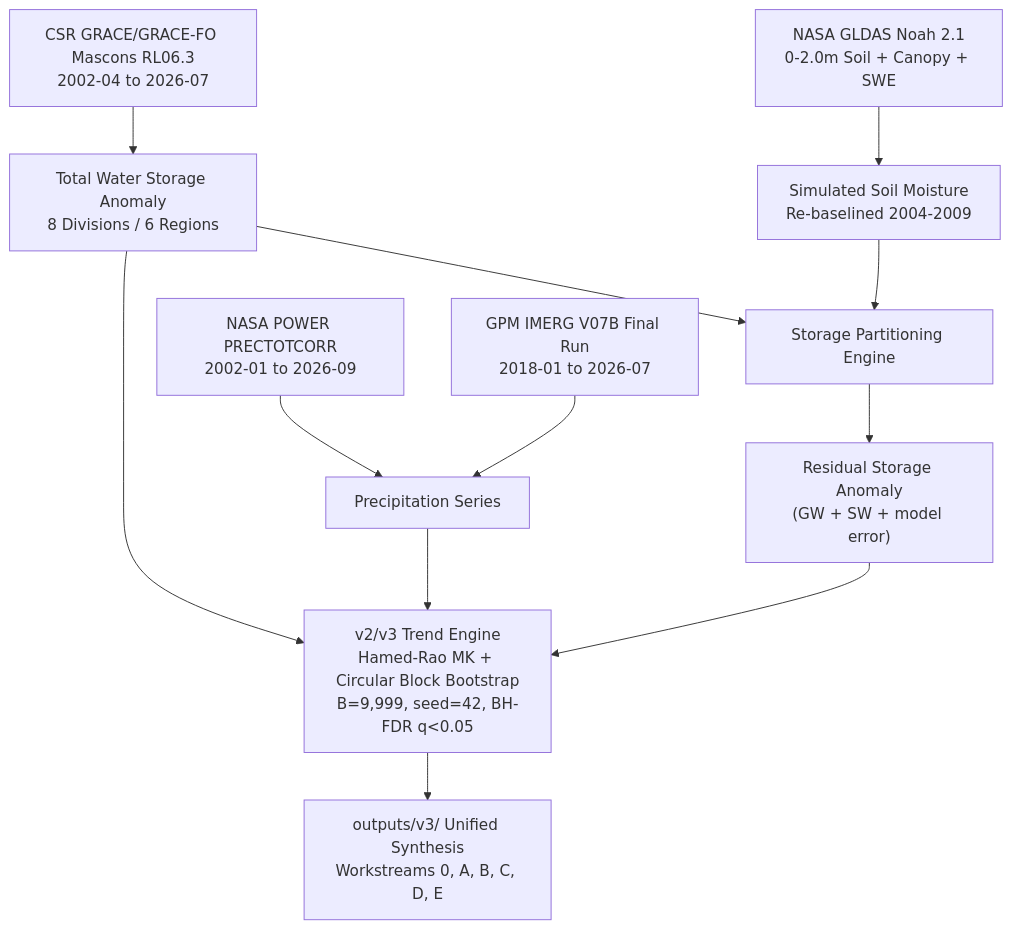
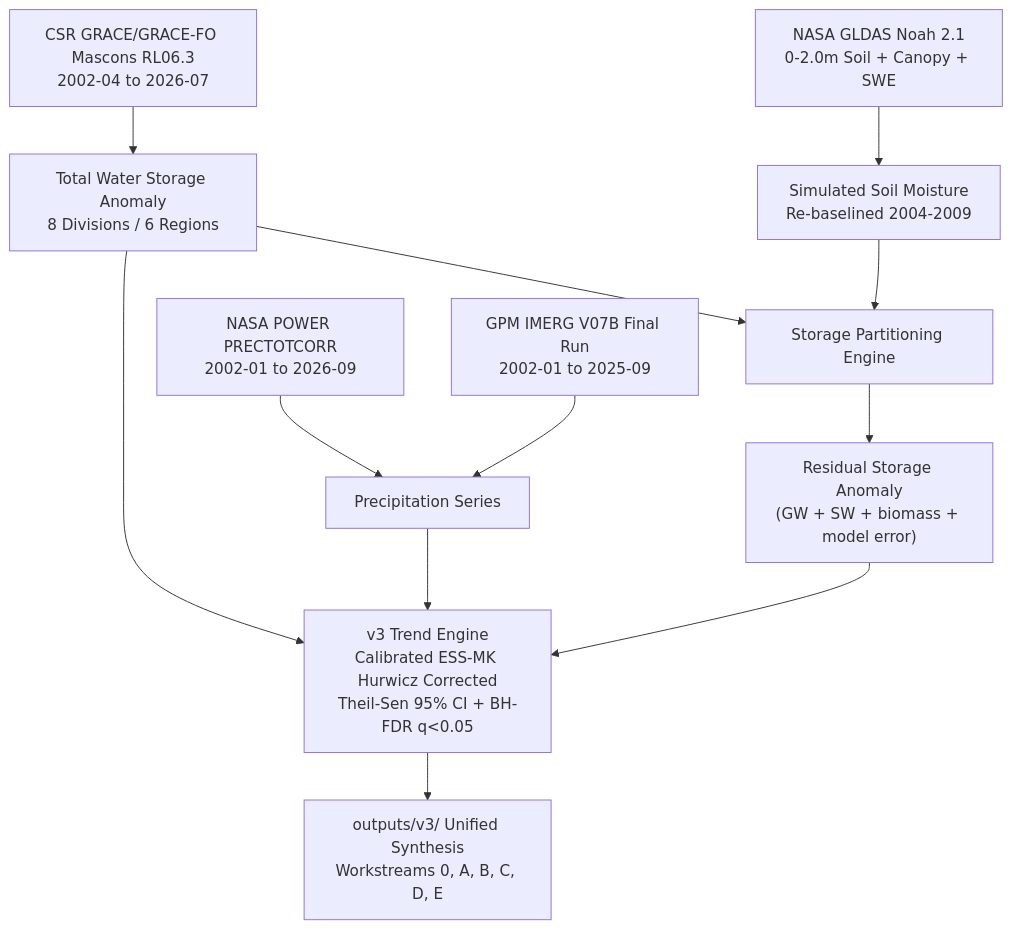
Before and after one commit to Tenstral/nasa-2026-earth-detective: the diagram in README.md, drawn with Mermaid. The commit also changed other lines of this file and 2 other files, not shown here.

````diff
--- a/README.md
+++ b/README.md
@@ -21,17 +21,17 @@
 ```mermaid
 flowchart TD
     G[CSR GRACE/GRACE-FO Mascons RL06.3<br/>2002-04 to 2026-07] --> TWS[Total Water Storage Anomaly<br/>8 Divisions / 6 Regions]
     P1[NASA POWER PRECTOTCORR<br/>2002-01 to 2026-09] --> PPT[Precipitation Series]
-    P2[GPM IMERG V07B Final Run<br/>2018-01 to 2026-07] --> PPT
+    P2[GPM IMERG V07B Final Run<br/>2002-01 to 2025-09] --> PPT
     LSM[NASA GLDAS Noah 2.1<br/>0-2.0m Soil + Canopy + SWE] --> SMS[Simulated Soil Moisture<br/>Re-baselined 2004-2009]
     
     TWS --> PART[Storage Partitioning Engine]
     SMS --> PART
-    PART --> RES["Residual Storage Anomaly<br/>(GW + SW + model error)"]
+    PART --> RES["Residual Storage Anomaly<br/>(GW + SW + biomass + model error)"]
     
-    TWS --> ENG[v2/v3 Trend Engine<br/>Hamed-Rao MK + Circular Block Bootstrap<br/>B=9,999, seed=42, BH-FDR q<0.05]
+    TWS --> ENG[v3 Trend Engine<br/>Calibrated ESS-MK Hurwicz Corrected<br/>Theil-Sen 95% CI + BH-FDR q<0.05]
     PPT --> ENG
     RES --> ENG
     
     ENG --> V3["outputs/v3/ Unified Synthesis<br/>Workstreams 0, A, B, C, D, E"]
 ```
````
